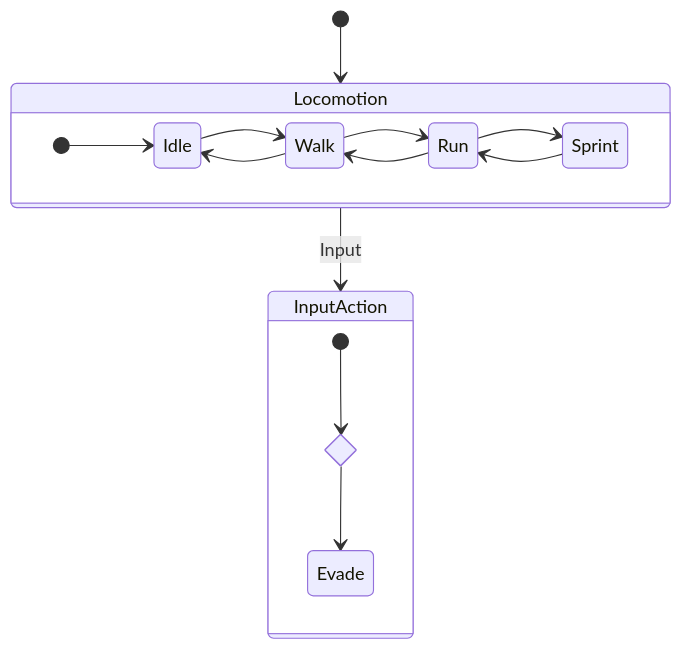
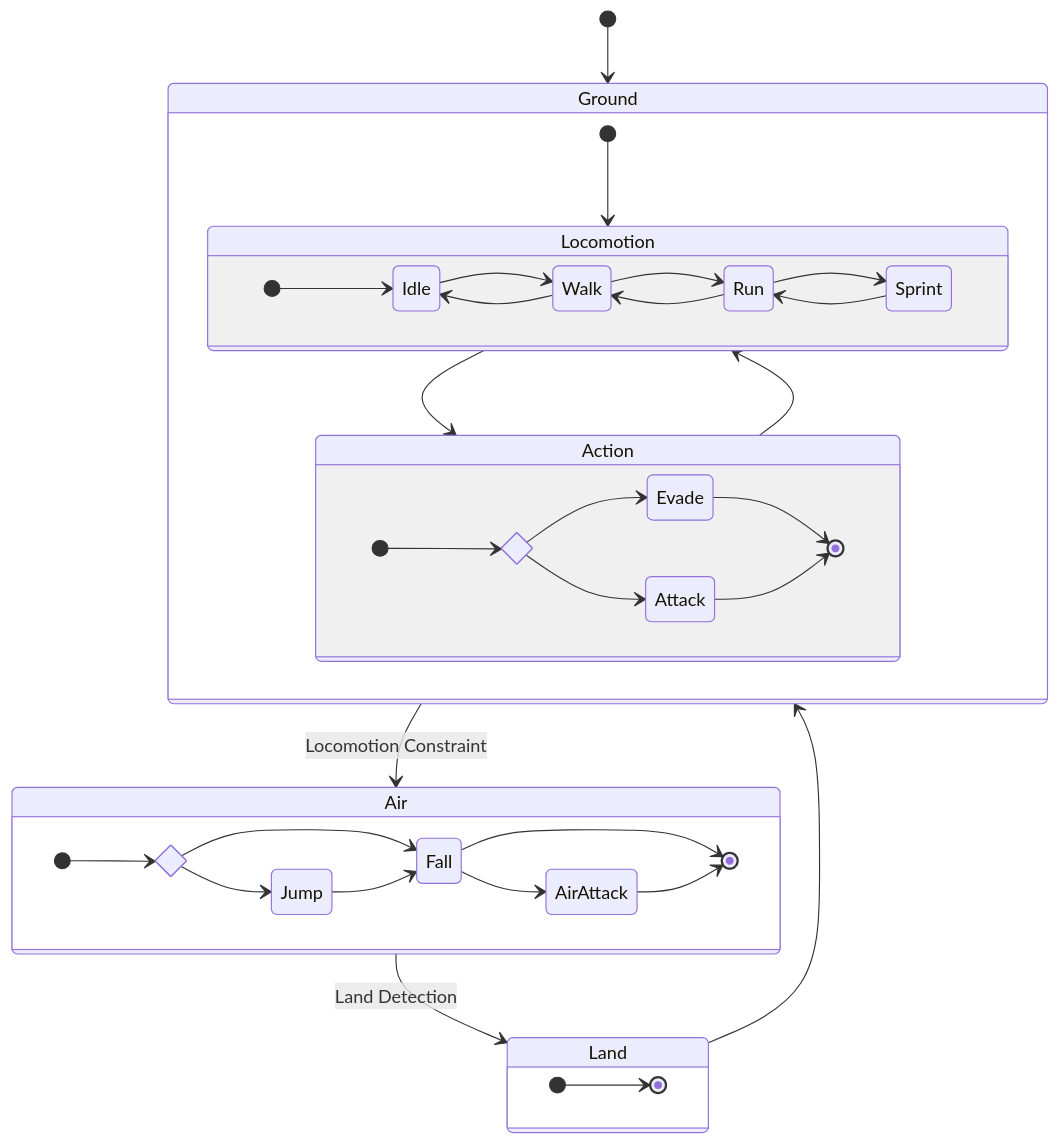
Before and after one commit to SadCatUnion/Ring-of-the-Blood-Cat-Soul: the diagram in Docs/PlayerFSM.md, drawn with Mermaid. The commit also changed 48 other files, not shown here.

````diff
--- a/Docs/PlayerFSM.md
+++ b/Docs/PlayerFSM.md
@@ -1,26 +1,54 @@
 ```mermaid
 stateDiagram-v2
 
-[*] --> Locomotion
-Locomotion --> InputAction : Input
+[*] --> Ground
+Ground --> Air : Locomotion Constraint
+Air --> Land : Land Detection
+Land --> Ground
 
-%% OnUpdate: Rotate and Move
-state Locomotion {
-	direction LR
-	
-	[*] --> Idle
-    Idle --> Walk
-    Walk --> Idle
-    Walk --> Run
-    Run --> Walk
-    Run --> Sprint
-    Sprint --> Run
+state Ground {
+    [*] --> Locomotion
+    Locomotion --> Action
+    Action --> Locomotion
+
+    state Locomotion {
+        direction LR
+        
+        [*] --> Idle
+        Idle --> Walk
+        Walk --> Idle
+        Walk --> Run
+        Run --> Walk
+        Run --> Sprint
+        Sprint --> Run
+    }
+
+    state Action {
+        direction LR
+        state Action_if <<choice>>
+        [*] --> Action_if
+        Action_if --> Evade
+        Action_if --> Attack
+        Evade --> [*]
+        Attack --> [*]
+    }
 }
 
-state InputAction {
-	state if <<choice>>
-	[*] --> if
-	if --> Evade
+state Air {
+    direction LR
+    state Air_if <<choice>>
+    [*] --> Air_if
+    Air_if --> Jump
+    Air_if --> Fall
+    Jump --> Fall
+    Fall --> AirAttack
+    Fall --> [*]
+    AirAttack --> [*]
+}
+
+state Land {
+    direction LR
+    [*] --> [*]
 }
 
 ```
````
